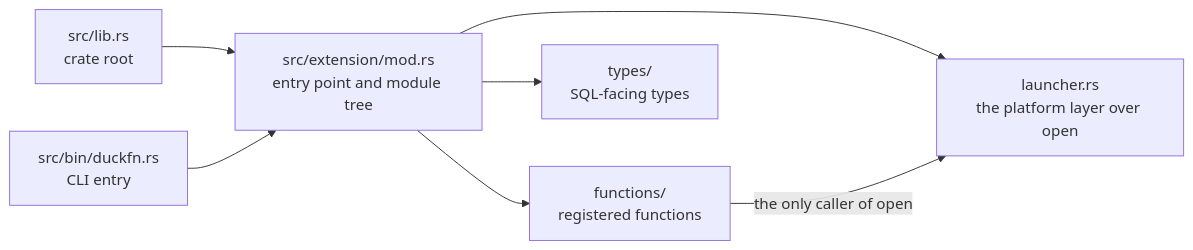
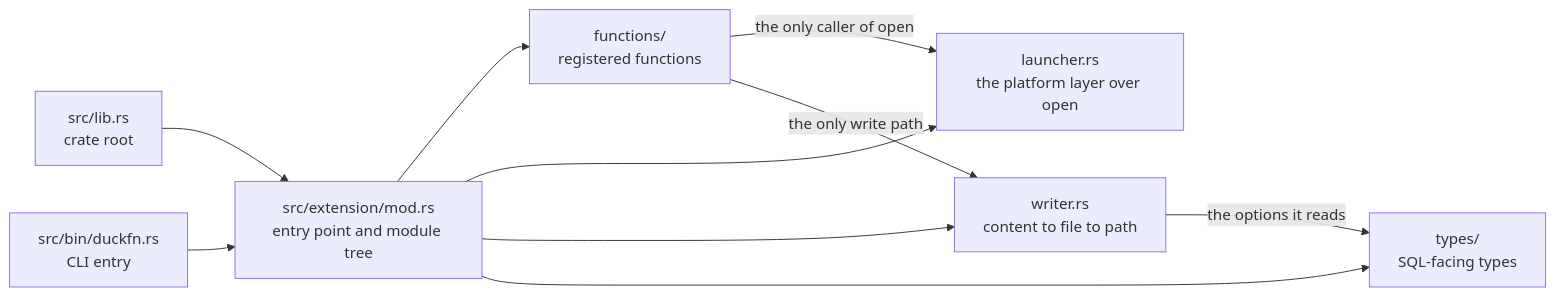
One commit to shijianjs/duckfn-open changed the diagram in docs/docs/development/project-structure.md. Above: the diagram before and after it, drawn with Mermaid. The commit also changed other lines of this file and 42 other files, not shown here.

First line of the commit message:
feat(functions): 新增 open_write、open_content、open_html、open_print 标量函数

````diff
--- a/docs/docs/development/project-structure.md
+++ b/docs/docs/development/project-structure.md
@@ -39,9 +46,12 @@
 ```mermaid
 flowchart LR
     native["src/lib.rs<br/>crate root"] --> tree["src/extension/mod.rs<br/>entry point and module tree"]
     cli["src/bin/duckfn.rs<br/>CLI entry"] --> tree
     tree --> functions["functions/<br/>registered functions"]
     tree --> launcher["launcher.rs<br/>the platform layer over open"]
+    tree --> writer["writer.rs<br/>content to file to path"]
     tree --> types["types/<br/>SQL-facing types"]
     functions -->|"the only caller of open"| launcher
+    functions -->|"the only write path"| writer
+    writer -->|"the options it reads"| types
 ```
````
